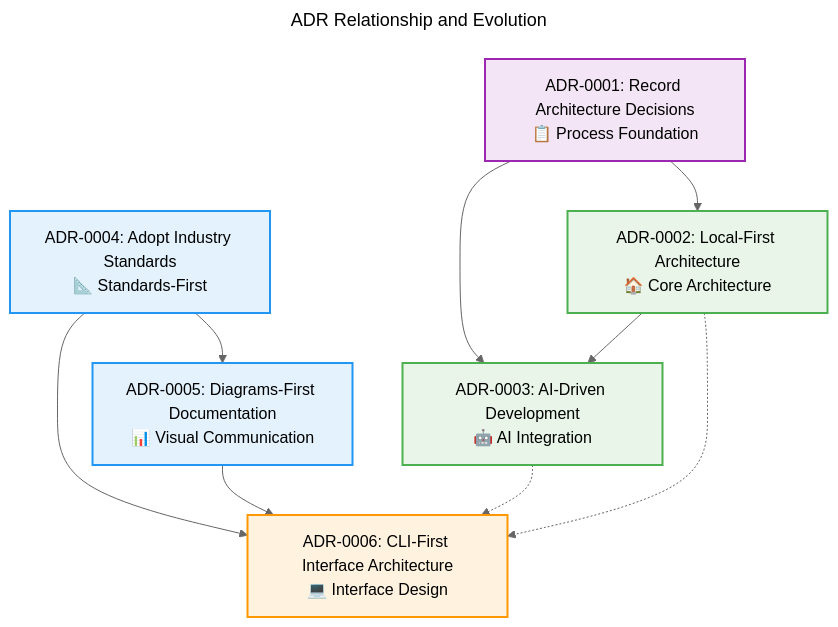
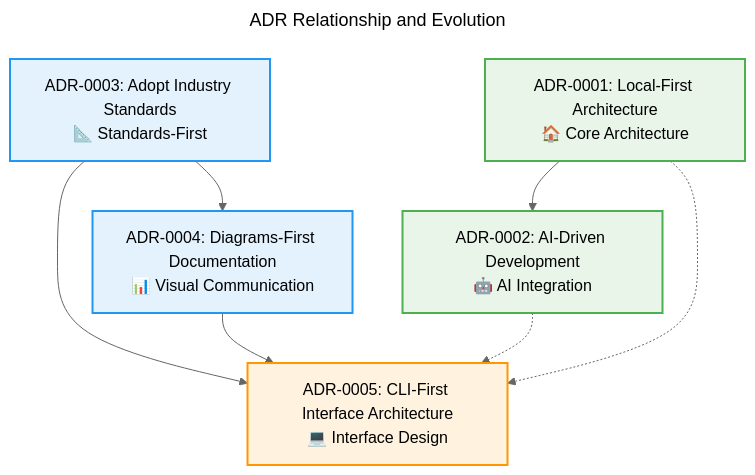
Before and after one commit to kamiazya/project-manager: the diagram in docs/architecture/adr/README.md, drawn with Mermaid. The commit also changed other lines of this file and 7 other files, not shown here.

First line of the commit message:
Refactor architecture documentation and decision records

````diff
--- a/docs/architecture/adr/README.md
+++ b/docs/architecture/adr/README.md
@@ -42,41 +42,37 @@
 ```mermaid
 ---
 title: ADR Relationship and Evolution
 ---
 %%{init: {"theme": "neutral", "themeVariables": {"primaryColor": "#4caf50", "primaryTextColor": "#2e7d32", "primaryBorderColor": "#2e7d32"}}}%%
 graph TD
     %% Foundation ADRs
-    ADR_001[ADR-0001: Record Architecture Decisions<br/>📋 Process Foundation]
-    ADR_002[ADR-0002: Local-First Architecture<br/>🏠 Core Architecture]
-    
+    ADR_001[ADR-0001: Local-First Architecture<br/>🏠 Core Architecture]
+
     %% Standards and Principles
-    ADR_003[ADR-0003: AI-Driven Development<br/>🤖 AI Integration]
-    ADR_004[ADR-0004: Adopt Industry Standards<br/>📐 Standards-First]
-    
+    ADR_002[ADR-0002: AI-Driven Development<br/>🤖 AI Integration]
+    ADR_003[ADR-0003: Adopt Industry Standards<br/>📐 Standards-First]
+
     %% Implementation Approach
-    ADR_005[ADR-0005: Diagrams-First Documentation<br/>📊 Visual Communication]
-    ADR_006[ADR-0006: CLI-First Interface Architecture<br/>💻 Interface Design]
-    
+    ADR_004[ADR-0004: Diagrams-First Documentation<br/>📊 Visual Communication]
+    ADR_005[ADR-0005: CLI-First Interface Architecture<br/>💻 Interface Design]
+
     %% Dependencies
     ADR_001 --> ADR_002
-    ADR_001 --> ADR_003
-    ADR_002 --> ADR_003
+    ADR_003 --> ADR_004
+    ADR_003 --> ADR_005
     ADR_004 --> ADR_005
-    ADR_004 --> ADR_006
-    ADR_005 --> ADR_006
-    
+
     %% Influences (dotted lines)
-    ADR_003 -.-> ADR_006
-    ADR_002 -.-> ADR_006
-    
+    ADR_002 -.-> ADR_005
+    ADR_001 -.-> ADR_005
+
     %% Styling
     classDef foundation fill:#e8f5e8,stroke:#4caf50,stroke-width:2px
     classDef standards fill:#e3f2fd,stroke:#2196f3,stroke-width:2px
     classDef implementation fill:#fff3e0,stroke:#ff9800,stroke-width:2px
     classDef process fill:#f3e5f5,stroke:#9c27b0,stroke-width:2px
-    
-    class ADR_001 process
-    class ADR_002,ADR_003 foundation
-    class ADR_004,ADR_005 standards
-    class ADR_006 implementation
+
+    class ADR_001,ADR_002 foundation
+    class ADR_003,ADR_004 standards
+    class ADR_005 implementation
 ```
````
